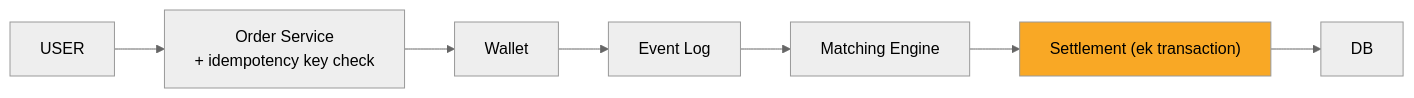
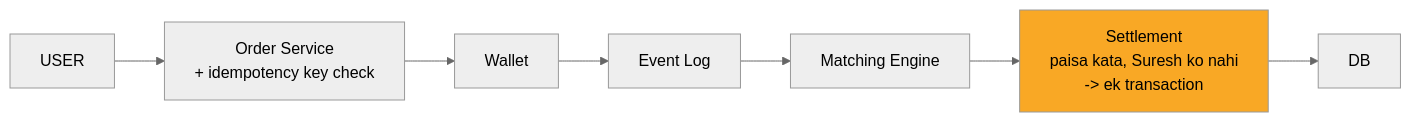
One commit to ArpanMaheshwari144/Prep changed the seventh of 10 diagrams in 04_HLD/SYSTEM_DESIGNS/05_stock_broker_trading/05_stock_broker_trading.md. Above: the diagram before and after it, drawn with Mermaid (neutral theme). The commit also changed other lines of this file, not shown here.

````diff
--- a/04_HLD/SYSTEM_DESIGNS/05_stock_broker_trading/05_stock_broker_trading.md
+++ b/04_HLD/SYSTEM_DESIGNS/05_stock_broker_trading/05_stock_broker_trading.md
@@ -295,17 +295,17 @@
 ```mermaid
 flowchart LR
     n_USER["USER"]
     n_Order_Service["Order Service<br/>+ idempotency key check"]
     n_Wallet["Wallet"]
     n_Event_Log["Event Log"]
     n_Matching_Engine["Matching Engine"]
-    n_Settlement["Settlement (ek transaction)"]
+    n_Settlement["Settlement<br/>paisa kata, Suresh ko nahi<br/>-> ek transaction"]
     n_DB["DB"]
     n_USER --> n_Order_Service
     n_Order_Service --> n_Wallet
     n_Wallet --> n_Event_Log
     n_Event_Log --> n_Matching_Engine
     n_Matching_Engine --> n_Settlement
     n_Settlement --> n_DB
     style n_Settlement fill:#f9a825,color:#000
 ```
````
